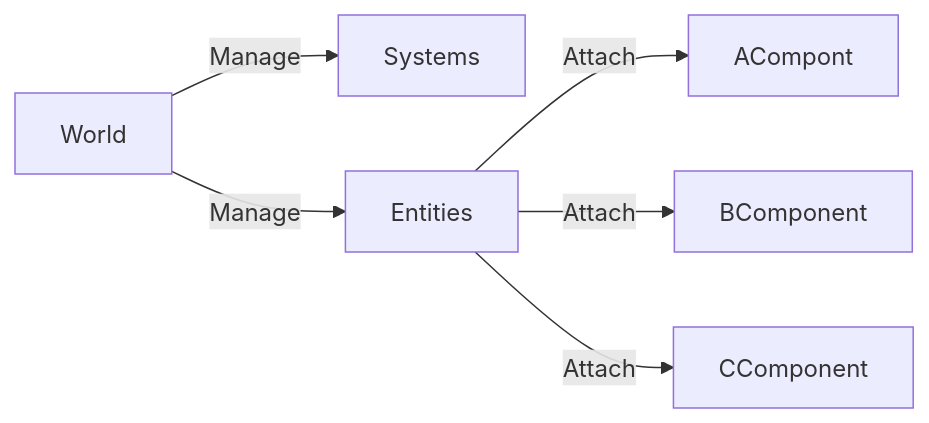
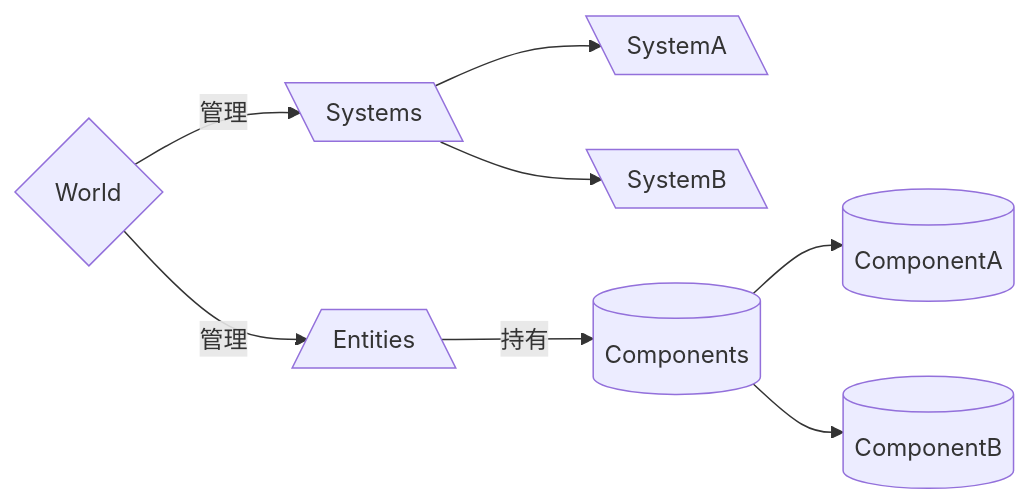
One commit to ShiftWatchOut/slide-ecs changed the first of 3 diagrams in slides.md. Above: the diagram before and after it, drawn with Mermaid. The commit also changed other lines of this file, not shown here.

````diff
--- a/slides.md
+++ b/slides.md
@@ -43,6 +43,6 @@
 ```mermaid {theme: 'neutral', scale: 0.8}
 graph LR;
-    World--Manage-->Systems;
-    World--Manage-->Entities--Attach-->ACompont & BComponent & CComponent;
+    a{World}--管理-->b[\Systems\]-->d[\SystemA\] & f[\SystemB\];
+    a--管理-->c[/Entities\]--持有-->e[(Components)]-->g[(ComponentA)] & h[(ComponentB)];
 
 ```
````
